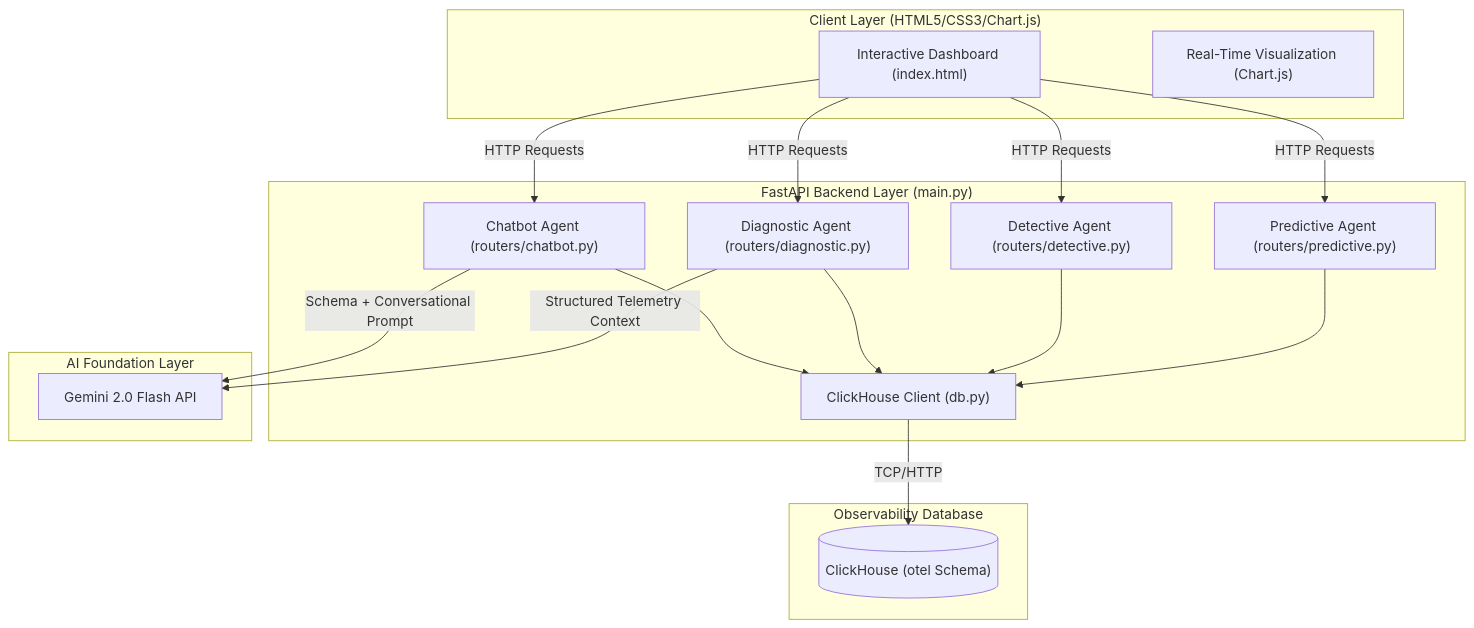
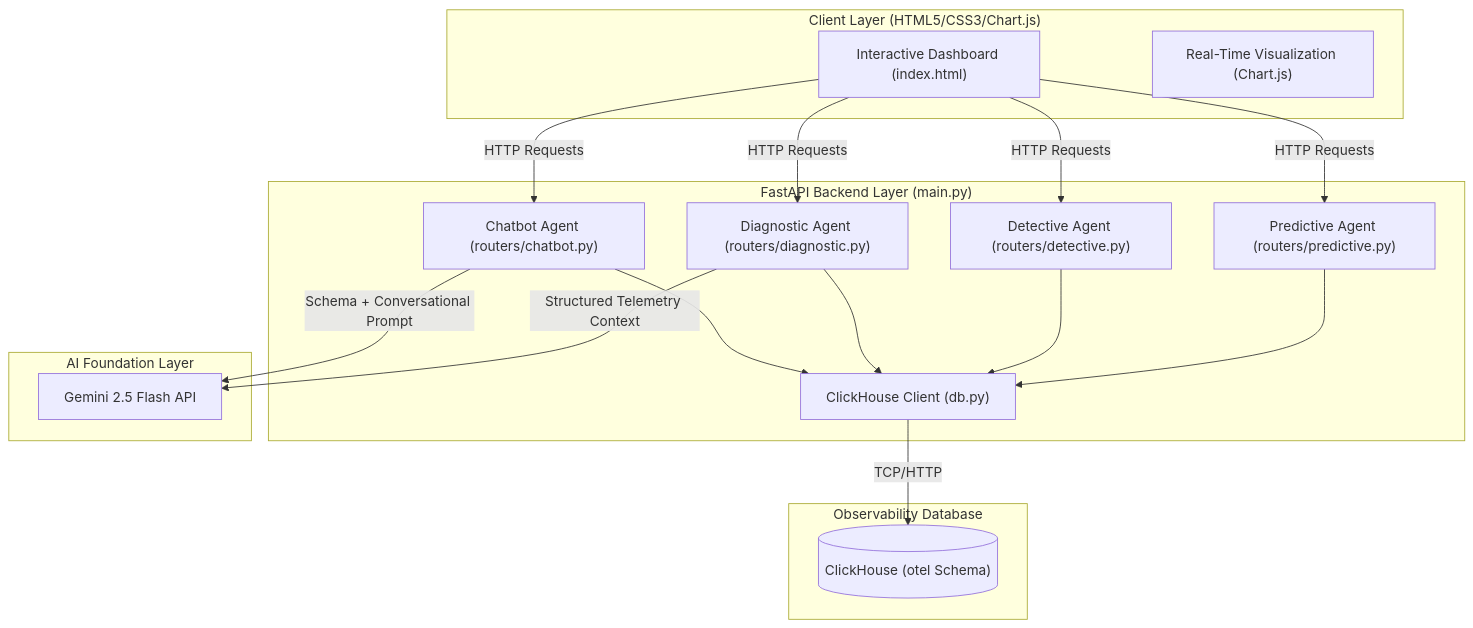
One commit to jonathanjordy/web-portal-for-grafana-otel-demo changed the first of 5 diagrams in agents.md. Above: the diagram before and after it, drawn with Mermaid. The commit also changed other lines of this file and 2 other files, not shown here.

Commit message:
change to gemin 2.5 flash

````diff
--- a/agents.md
+++ b/agents.md
@@ -11,42 +11,42 @@
 ```mermaid
 graph TD
     %% Frontend Layer
     subgraph Frontend ["Client Layer (HTML5/CSS3/Chart.js)"]
         UI["Interactive Dashboard (index.html)"]
         Charts["Real-Time Visualization (Chart.js)"]
     end
 
     %% API Gateway & Backend Routers
     subgraph Backend ["FastAPI Backend Layer (main.py)"]
         RouterP["Predictive Agent (routers/predictive.py)"]
         RouterDet["Detective Agent (routers/detective.py)"]
         RouterDiag["Diagnostic Agent (routers/diagnostic.py)"]
         RouterChat["Chatbot Agent (routers/chatbot.py)"]
         DBClient["ClickHouse Client (db.py)"]
     end
 
     %% External & Storage Layers
     subgraph Storage ["Observability Database"]
         CH[("ClickHouse (otel Schema)")]
     end
 
     subgraph LLM ["AI Foundation Layer"]
-        Gemini["Gemini 2.0 Flash API"]
+        Gemini["Gemini 2.5 Flash API"]
     end
 
     %% Connections
     UI -->|HTTP Requests| RouterP
     UI -->|HTTP Requests| RouterDet
     UI -->|HTTP Requests| RouterDiag
     UI -->|HTTP Requests| RouterChat
 
     RouterP --> DBClient
     RouterDet --> DBClient
     RouterDiag --> DBClient
     RouterChat --> DBClient
 
     DBClient -->|TCP/HTTP| CH
 
     RouterDiag -->|Structured Telemetry Context| Gemini
     RouterChat -->|Schema + Conversational Prompt| Gemini
 ```
````
